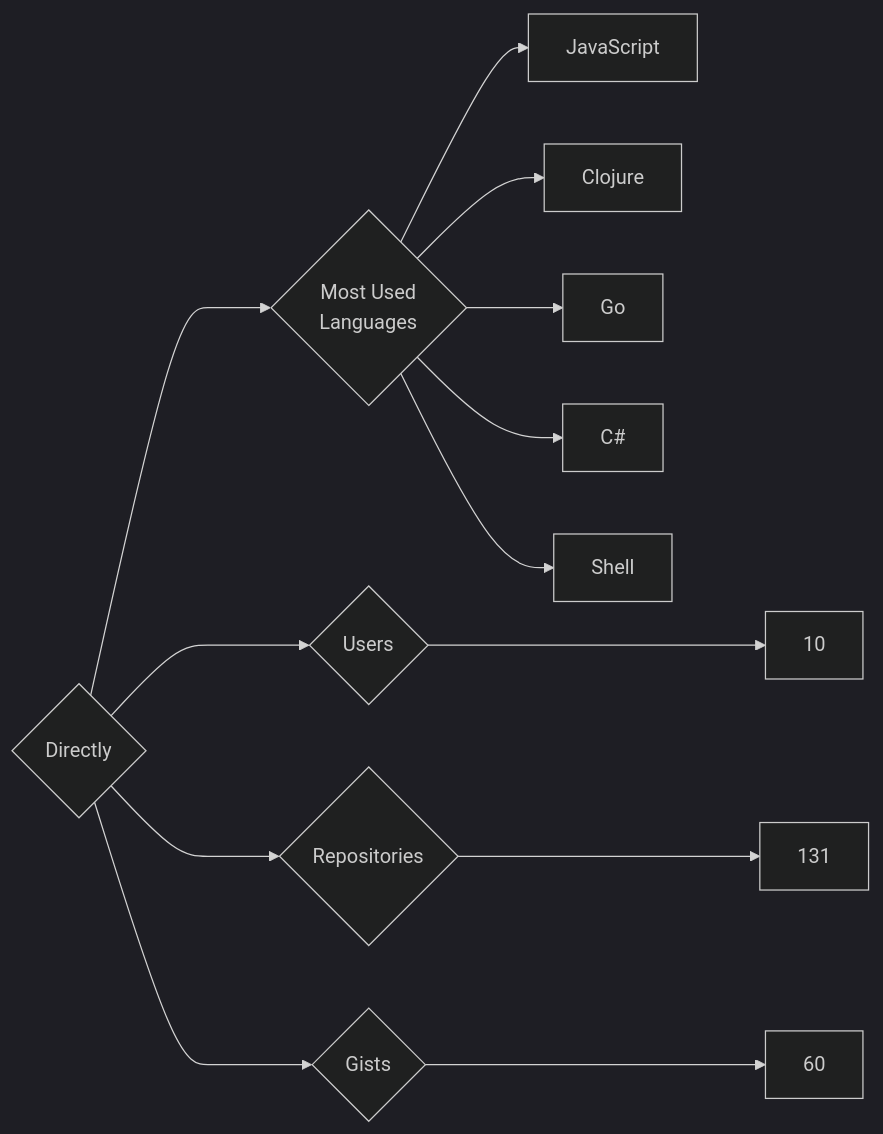
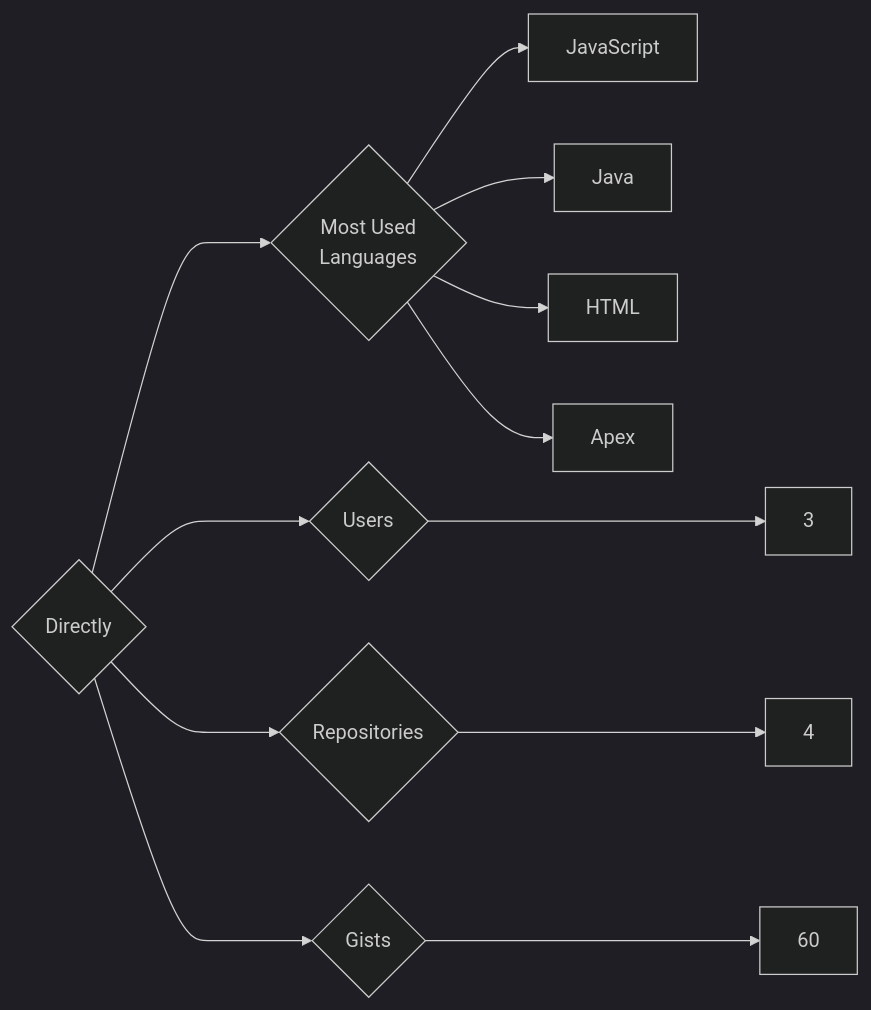
Before and after one commit to trickest/insiders: the diagram in targets/Directly/README.md, drawn with Mermaid (dark theme). The commit also changed 815 other files, not shown here.

````diff
--- a/targets/Directly/README.md
+++ b/targets/Directly/README.md
@@ -3,13 +3,12 @@
 ```mermaid
 graph LR
 COMPANY_NAME{Directly}
-COMPANY_NAME ---> U{Users} ---> UN[10]
-COMPANY_NAME ---> R{Repositories} ---> RN[131]
+COMPANY_NAME ---> U{Users} ---> UN[3]
+COMPANY_NAME ---> R{Repositories} ---> RN[4]
 COMPANY_NAME ---> G{Gists} ---> GN[60]
 COMPANY_NAME ---> ML{Most Used<br>Languages}
 ML --> JavaScript[JavaScript]
-ML --> Clojure[Clojure]
-ML --> Go[Go]
-ML --> C#[C#]
-ML --> Shell[Shell]
+ML --> Java[Java]
+ML --> HTML[HTML]
+ML --> Apex[Apex]
 ```
````
